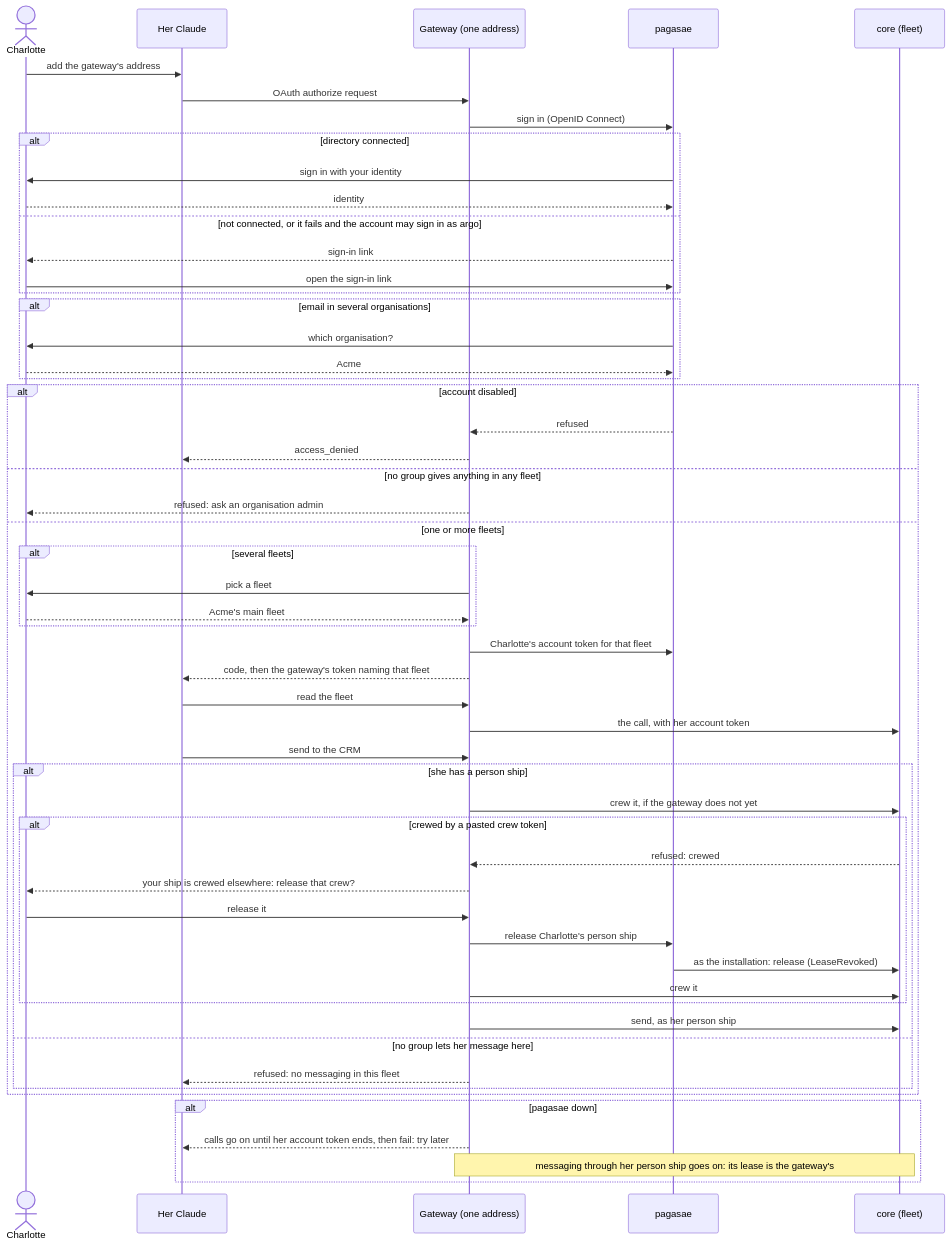
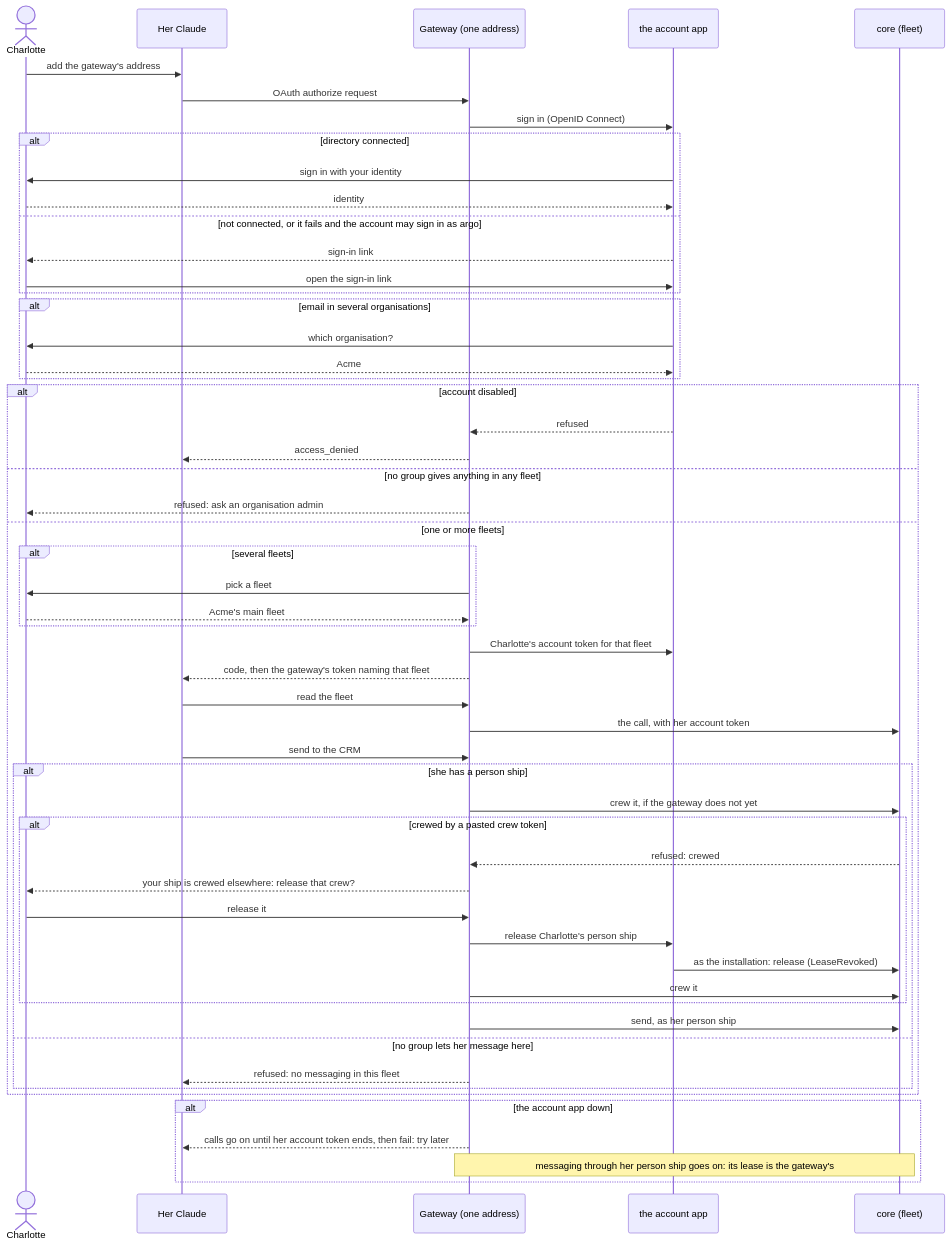
Before and after one commit to ThomasHendrickx/aeolus-fleet: the fifth of 11 diagrams in docs/design/accounts/phase-2/flows.md, drawn with Mermaid. The commit also changed other lines of this file and 157 other files, not shown here.

Commit message:
refactor: use neutral account app terminology

````diff
--- a/docs/design/accounts/phase-2/flows.md
+++ b/docs/design/accounts/phase-2/flows.md
@@ -151,56 +151,56 @@
 ```mermaid
 sequenceDiagram
   actor H as Charlotte
   participant MC as Her Claude
   participant G as Gateway (one address)
-  participant P as pagasae
+  participant P as the account app
   participant C as core (fleet)
   H->>MC: add the gateway's address
   MC->>G: OAuth authorize request
   G->>P: sign in (OpenID Connect)
   alt directory connected
     P->>H: sign in with your identity
     H-->>P: identity
   else not connected, or it fails and the account may sign in as argo
     P-->>H: sign-in link
     H->>P: open the sign-in link
   end
   alt email in several organisations
     P->>H: which organisation?
     H-->>P: Acme
   end
   alt account disabled
     P-->>G: refused
     G-->>MC: access_denied
   else no group gives anything in any fleet
     G-->>H: refused: ask an organisation admin
   else one or more fleets
     alt several fleets
       G->>H: pick a fleet
       H-->>G: Acme's main fleet
     end
     G->>P: Charlotte's account token for that fleet
     G-->>MC: code, then the gateway's token naming that fleet
     MC->>G: read the fleet
     G->>C: the call, with her account token
     MC->>G: send to the CRM
     alt she has a person ship
       G->>C: crew it, if the gateway does not yet
       alt crewed by a pasted crew token
         C-->>G: refused: crewed
         G-->>H: your ship is crewed elsewhere: release that crew?
         H->>G: release it
         G->>P: release Charlotte's person ship
         P->>C: as the installation: release (LeaseRevoked)
         G->>C: crew it
       end
       G->>C: send, as her person ship
     else no group lets her message here
       G-->>MC: refused: no messaging in this fleet
     end
   end
-  alt pagasae down
+  alt the account app down
     G-->>MC: calls go on until her account token ends, then fail: try later
     Note over G,C: messaging through her person ship goes on: its lease is the gateway's
   end
 ```
````
